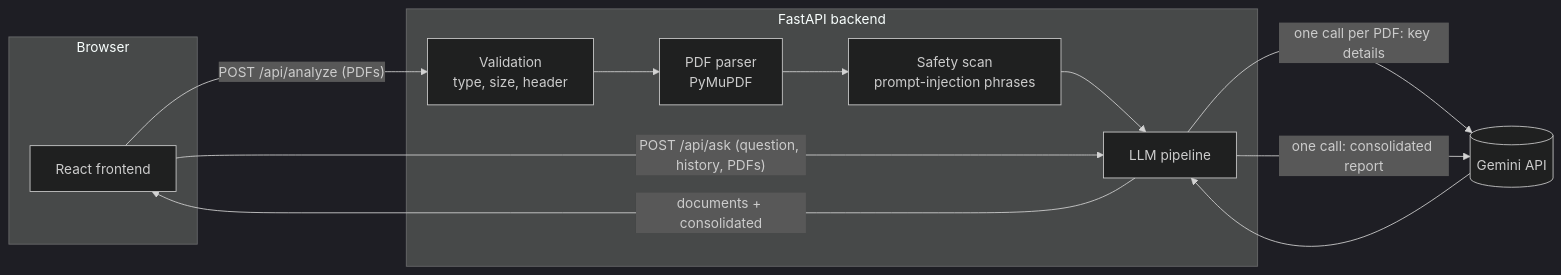
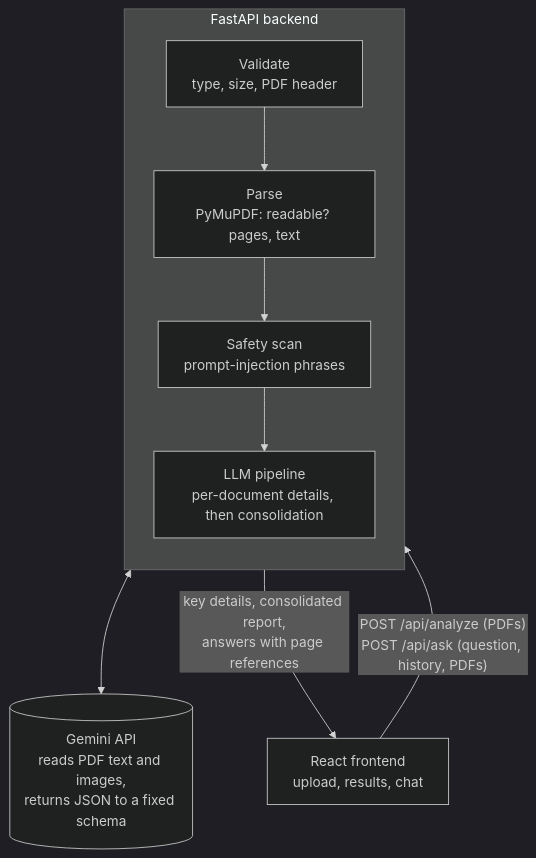
The diagram in README.md (WenXiangSM/multi-doc-insight-engine), drawn with Mermaid (dark theme) before and after one commit.

Commit message:
Updated ReadMe diagram

````diff
--- a/README.md
+++ b/README.md
@@ -42,22 +42,19 @@
 ```mermaid
-flowchart LR
-    subgraph Browser
-        UI[React frontend]
+flowchart TB
+    UI["React frontend<br/>upload, results, chat"]
+
+    subgraph API["FastAPI backend"]
+        direction TB
+        V["Validate<br/>type, size, PDF header"]
+        P["Parse<br/>PyMuPDF: readable? pages, text"]
+        S["Safety scan<br/>prompt-injection phrases"]
+        L["LLM pipeline<br/>per-document details, then consolidation"]
+        V --> P --> S --> L
     end
 
-    subgraph Backend["FastAPI backend"]
-        V[Validation<br/>type, size, header]
-        P[PDF parser<br/>PyMuPDF]
-        S[Safety scan<br/>prompt-injection phrases]
-        L[LLM pipeline]
-    end
+    G[("Gemini API<br/>reads PDF text and images,<br/>returns JSON to a fixed schema")]
 
-    G[(Gemini API)]
-
-    UI -->|"POST /api/analyze (PDFs)"| V --> P --> S --> L
-    L -->|"one call per PDF: key details"| G
-    L -->|"one call: consolidated report"| G
-    G --> L
-    L -->|"documents + consolidated"| UI
-    UI -->|"POST /api/ask (question, history, PDFs)"| L
+    UI -- "POST /api/analyze (PDFs)<br/>POST /api/ask (question, history, PDFs)" --> V
+    L <--> G
+    L -- "key details, consolidated report,<br/>answers with page references" --> UI
 ```
````
